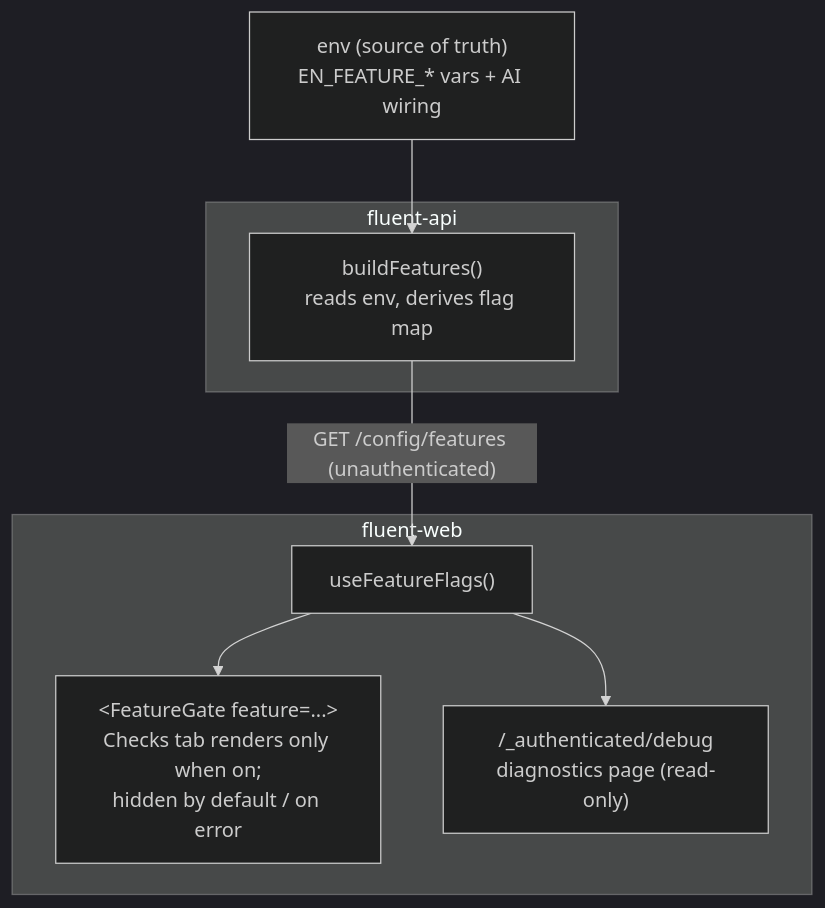
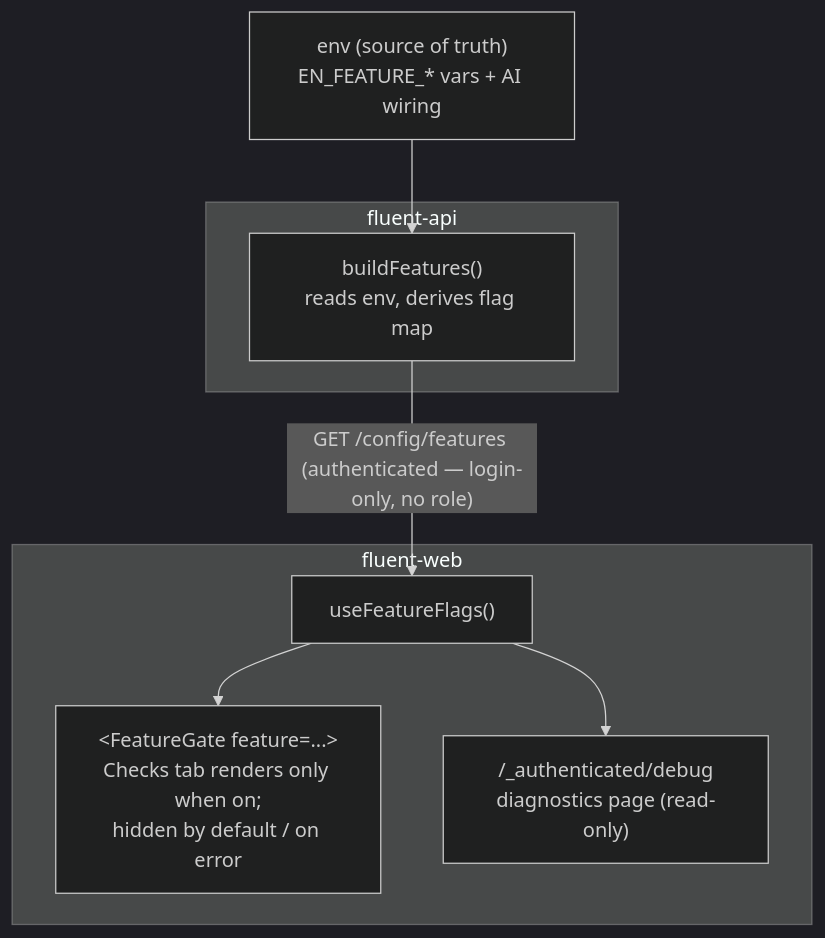
The diagram in docs/proposals/feature-flags/feature-flags-suggestion.md (eten-tech-foundation/fluent-api), drawn with Mermaid (dark theme) before and after one commit. The commit also changed other lines of this file and 5 other files, not shown here.

````diff
--- a/docs/proposals/feature-flags/feature-flags-suggestion.md
+++ b/docs/proposals/feature-flags/feature-flags-suggestion.md
@@ -56,19 +59,19 @@
 ```mermaid
 flowchart TD
   env["env (source of truth)<br/>EN_FEATURE_* vars + AI wiring"]
 
   subgraph api["fluent-api"]
     build["buildFeatures()<br/>reads env, derives flag map"]
   end
 
   subgraph web["fluent-web"]
     hook["useFeatureFlags()"]
     gate["&lt;FeatureGate feature=...&gt;<br/>Checks tab renders only when on;<br/>hidden by default / on error"]
     diag["/_authenticated/debug<br/>diagnostics page (read-only)"]
   end
 
   env --> build
-  build -->|"GET /config/features (unauthenticated)"| hook
+  build -->|"GET /config/features (authenticated — login-only, no role)"| hook
   hook --> gate
   hook --> diag
 ```
````
